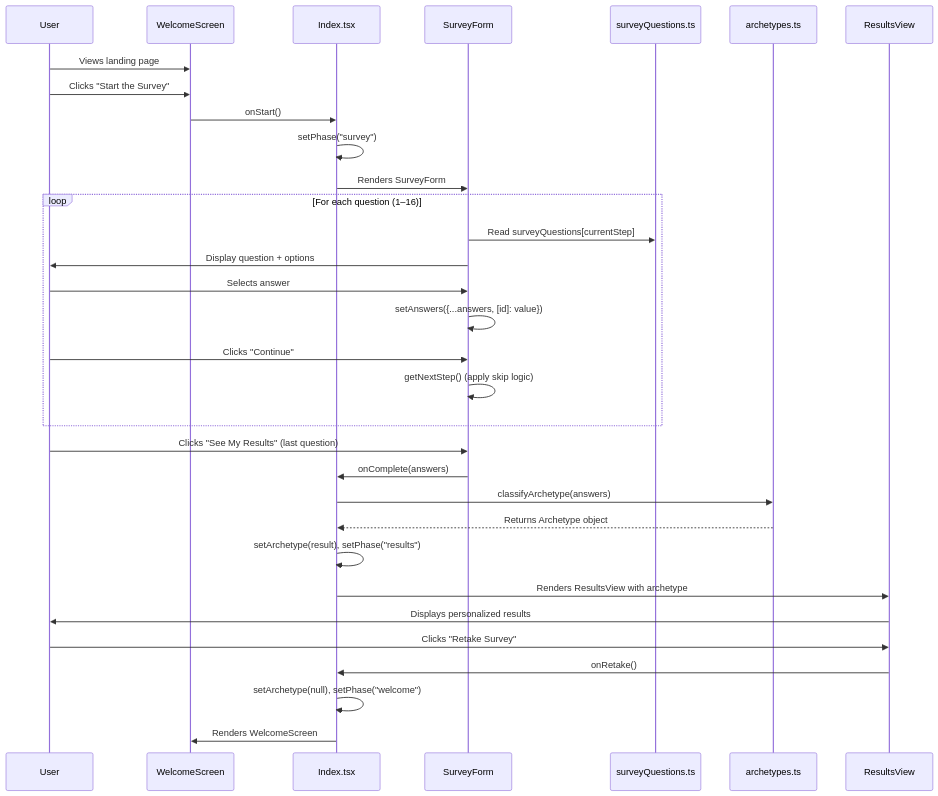
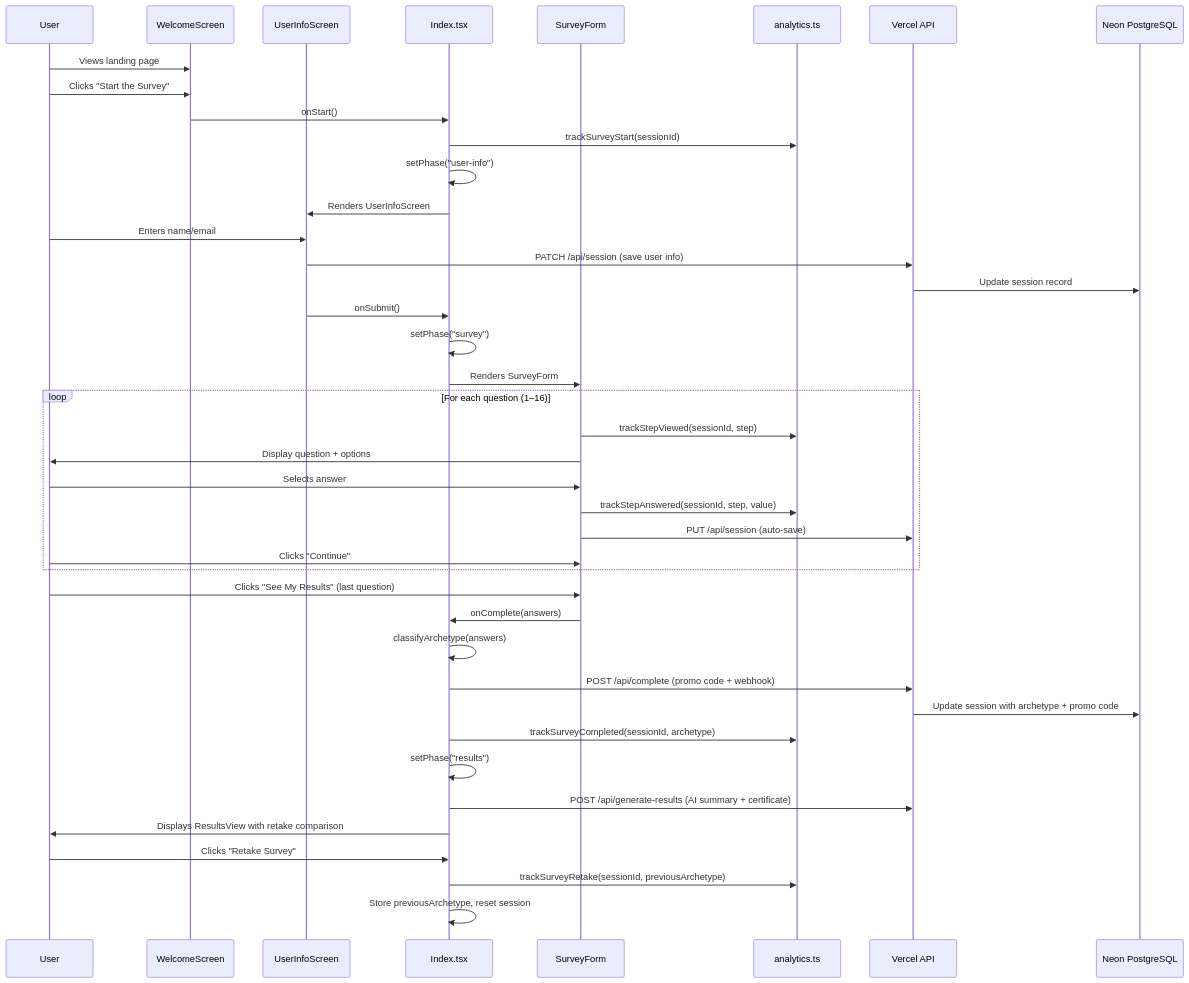
The second of 4 diagrams in README.md (NobleVision/archetype-explorer), drawn with Mermaid before and after one commit. The commit also changed other lines of this file and 9 other files, not shown here.

````diff
--- a/README.md
+++ b/README.md
@@ -158,38 +246,47 @@
 ```mermaid
 sequenceDiagram
     participant User
     participant WelcomeScreen
+    participant UserInfo as UserInfoScreen
     participant Index as Index.tsx
     participant SurveyForm
-    participant SurveyQuestions as surveyQuestions.ts
-    participant Archetypes as archetypes.ts
-    participant ResultsView
+    participant Analytics as analytics.ts
+    participant API as Vercel API
+    participant DB as Neon PostgreSQL
 
     User->>WelcomeScreen: Views landing page
     User->>WelcomeScreen: Clicks "Start the Survey"
     WelcomeScreen->>Index: onStart()
+    Index->>Analytics: trackSurveyStart(sessionId)
+    Index->>Index: setPhase("user-info")
+    Index->>UserInfo: Renders UserInfoScreen
+    User->>UserInfo: Enters name/email
+    UserInfo->>API: PATCH /api/session (save user info)
+    API->>DB: Update session record
+    UserInfo->>Index: onSubmit()
     Index->>Index: setPhase("survey")
     Index->>SurveyForm: Renders SurveyForm
 
     loop For each question (1–16)
-        SurveyForm->>SurveyQuestions: Read surveyQuestions[currentStep]
+        SurveyForm->>Analytics: trackStepViewed(sessionId, step)
         SurveyForm->>User: Display question + options
         User->>SurveyForm: Selects answer
-        SurveyForm->>SurveyForm: setAnswers({...answers, [id]: value})
+        SurveyForm->>Analytics: trackStepAnswered(sessionId, step, value)
+        SurveyForm->>API: PUT /api/session (auto-save)
         User->>SurveyForm: Clicks "Continue"
-        SurveyForm->>SurveyForm: getNextStep() (apply skip logic)
     end
 
     User->>SurveyForm: Clicks "See My Results" (last question)
     SurveyForm->>Index: onComplete(answers)
-    Index->>Archetypes: classifyArchetype(answers)
-    Archetypes-->>Index: Returns Archetype object
-    Index->>Index: setArchetype(result), setPhase("results")
-    Index->>ResultsView: Renders ResultsView with archetype
-    ResultsView->>User: Displays personalized results
+    Index->>Index: classifyArchetype(answers)
+    Index->>API: POST /api/complete (promo code + webhook)
+    API->>DB: Update session with archetype + promo code
+    Index->>Analytics: trackSurveyCompleted(sessionId, archetype)
+    Index->>Index: setPhase("results")
+    Index->>API: POST /api/generate-results (AI summary + certificate)
+    Index->>User: Displays ResultsView with retake comparison
 
-    User->>ResultsView: Clicks "Retake Survey"
-    ResultsView->>Index: onRetake()
-    Index->>Index: setArchetype(null), setPhase("welcome")
-    Index->>WelcomeScreen: Renders WelcomeScreen
+    User->>Index: Clicks "Retake Survey"
+    Index->>Analytics: trackSurveyRetake(sessionId, previousArchetype)
+    Index->>Index: Store previousArchetype, reset session
 ```
````
